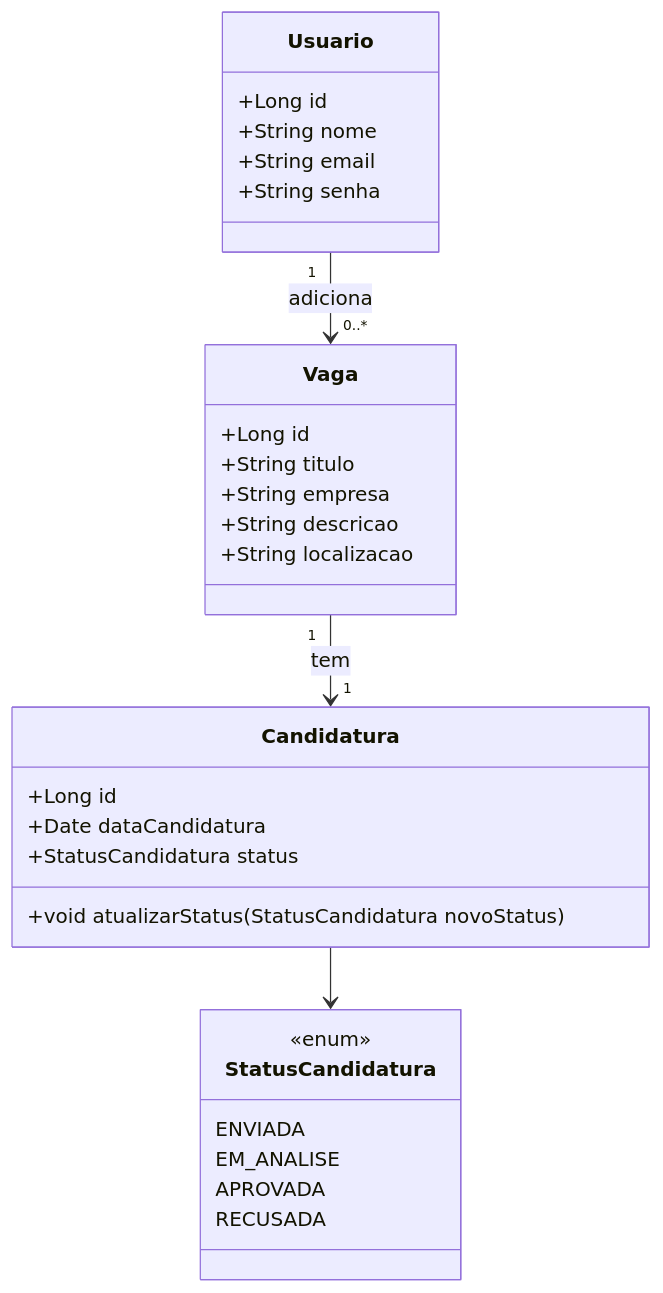
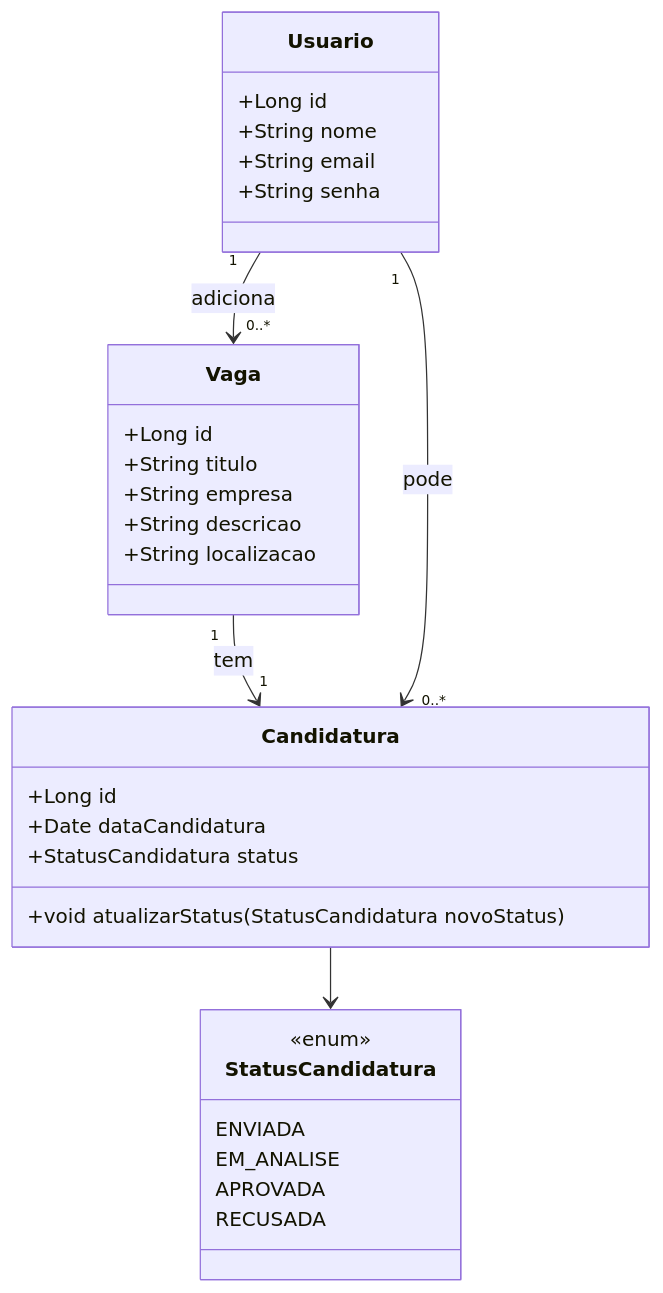
The diagram in README.md (Manoel-DJS/MinhasCandidaturas), drawn with Mermaid before and after one commit.

Commit message:
Update ClassDiagram in README.md

````diff
--- a/README.md
+++ b/README.md
@@ -4,37 +4,38 @@
 ```mermaid
 classDiagram
     class Usuario {
         +Long id
         +String nome
         +String email
         +String senha
     }
 
     class Vaga {
         +Long id
         +String titulo
         +String empresa
         +String descricao
         +String localizacao
     }
 
     class Candidatura {
         +Long id
         +Date dataCandidatura
         +StatusCandidatura status
         +void atualizarStatus(StatusCandidatura novoStatus)
     }
 
     class StatusCandidatura {
         <<enum>>
         ENVIADA
         EM_ANALISE
         APROVADA
         RECUSADA
     }
 
     Usuario "1" --> "0..*" Vaga : adiciona
     Vaga "1" --> "1" Candidatura : tem
     Candidatura --> StatusCandidatura
+    Usuario "1" --> "0..*" Candidatura: pode
 
 ```
````
